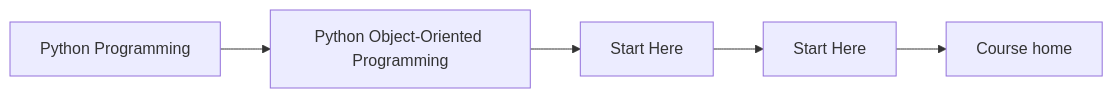
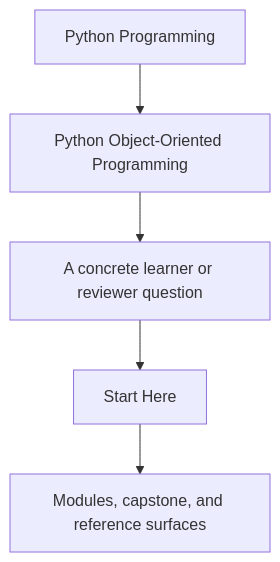
The first of 2 diagrams in programs/python-programming/python-object-oriented-programming/course-book/guides/start-here.md (bijux/bijux-masterclass), drawn with Mermaid before and after one commit. The commit also changed other lines of this file and 3 other files, not shown here.

Commit message:
docs(python-object-oriented-programming): reframe course-book entry diagrams

````diff
--- a/programs/python-programming/python-object-oriented-programming/course-book/guides/start-here.md
+++ b/programs/python-programming/python-object-oriented-programming/course-book/guides/start-here.md
@@ -7,10 +7,7 @@
 ```mermaid
-graph LR
-  family["Python Programming"]
-  program["Python Object-Oriented Programming"]
-  section["Start Here"]
-  page["Start Here"]
-  next["Course home"]
-
-  family --> program --> section --> page --> next
+flowchart TD
+  family["Python Programming"] --> program["Python Object-Oriented Programming"]
+  program --> pressure["A concrete learner or reviewer question"]
+  pressure --> guide["Start Here"]
+  guide --> next["Modules, capstone, and reference surfaces"]
 ```
````
